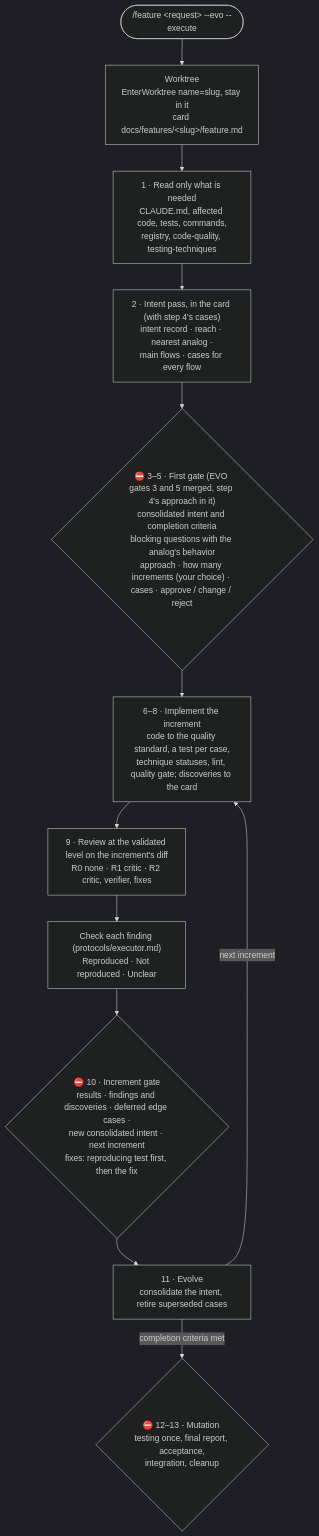
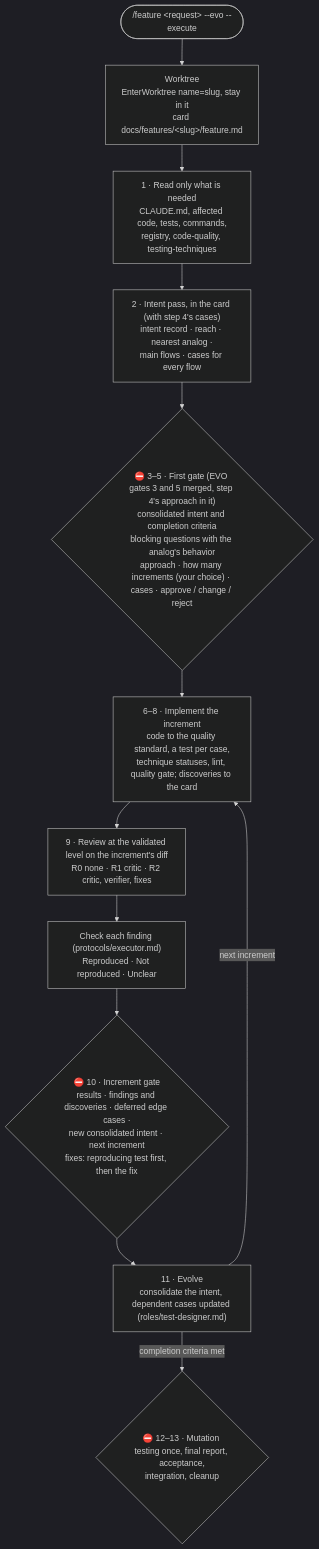
The diagram in docs/executor.md (mariopedemonte12/claude-feature-workflow), drawn with Mermaid (dark theme) before and after one commit. The commit also changed other lines of this file and 7 other files, not shown here.

````diff
--- a/docs/executor.md
+++ b/docs/executor.md
@@ -24,14 +24,14 @@
 ```mermaid
 flowchart TB
     R(["/feature &lt;request&gt; --evo --execute"]) --> W["Worktree<br/>EnterWorktree name=slug, stay in it<br/>card docs/features/&lt;slug&gt;/feature.md"]
     W --> RD["1 · Read only what is needed<br/>CLAUDE.md, affected code, tests, commands,<br/>registry, code-quality, testing-techniques"]
     RD --> SP["2 · Intent pass, in the card (with step 4's cases)<br/>intent record · reach · nearest analog ·<br/>main flows · cases for every flow"]
     SP --> G1{"⛔ 3–5 · First gate (EVO gates 3 and 5 merged, step 4's approach in it)<br/>consolidated intent and completion criteria<br/>blocking questions with the analog's behavior<br/>approach · how many increments (your choice) · cases · approve / change / reject"}
     G1 --> IM["6–8 · Implement the increment<br/>code to the quality standard, a test per case,<br/>technique statuses, lint, quality gate; discoveries to the card"]
     IM --> CR["9 · Review at the validated level on the increment's diff<br/>R0 none · R1 critic · R2 critic, verifier, fixes"]
     CR --> CK["Check each finding (protocols/executor.md)<br/>Reproduced · Not reproduced · Unclear"]
     CK --> G2{"⛔ 10 · Increment gate<br/>results · findings and discoveries · deferred edge cases ·<br/>new consolidated intent · next increment<br/>fixes: reproducing test first, then the fix"}
-    G2 --> FX["11 · Evolve<br/>consolidate the intent, retire superseded cases"]
+    G2 --> FX["11 · Evolve<br/>consolidate the intent, dependent cases updated (roles/test-designer.md)"]
     FX -->|"next increment"| IM
     FX -->|"completion criteria met"| G3{"⛔ 12–13 · Mutation testing once, final report, acceptance,<br/>integration, cleanup"}
 ```
````
